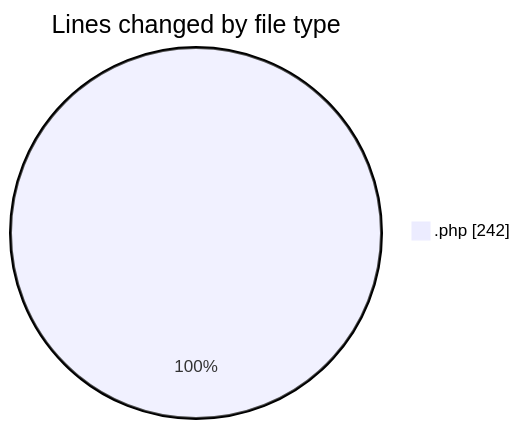
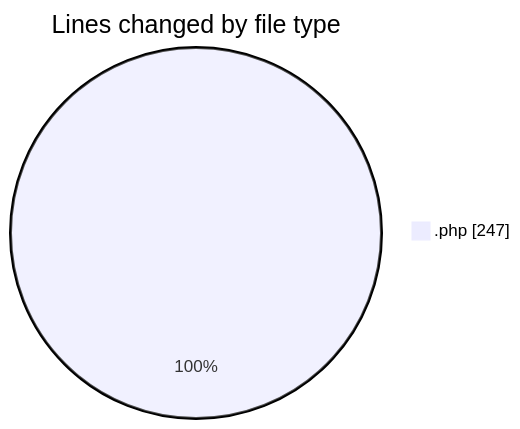
One commit to LanceThiago/code-tracking changed the first of 2 diagrams in 2026-08-26/oficina/README.md. Above: the diagram before and after it, drawn with Mermaid. The commit also changed other lines of this file and 1 other file, not shown here.

````diff
--- a/2026-08-26/oficina/README.md
+++ b/2026-08-26/oficina/README.md
@@ -20,5 +20,5 @@
 ```mermaid
 pie showData
 title Lines changed by file type
-".php" : 242
+".php" : 247
 ```
````
